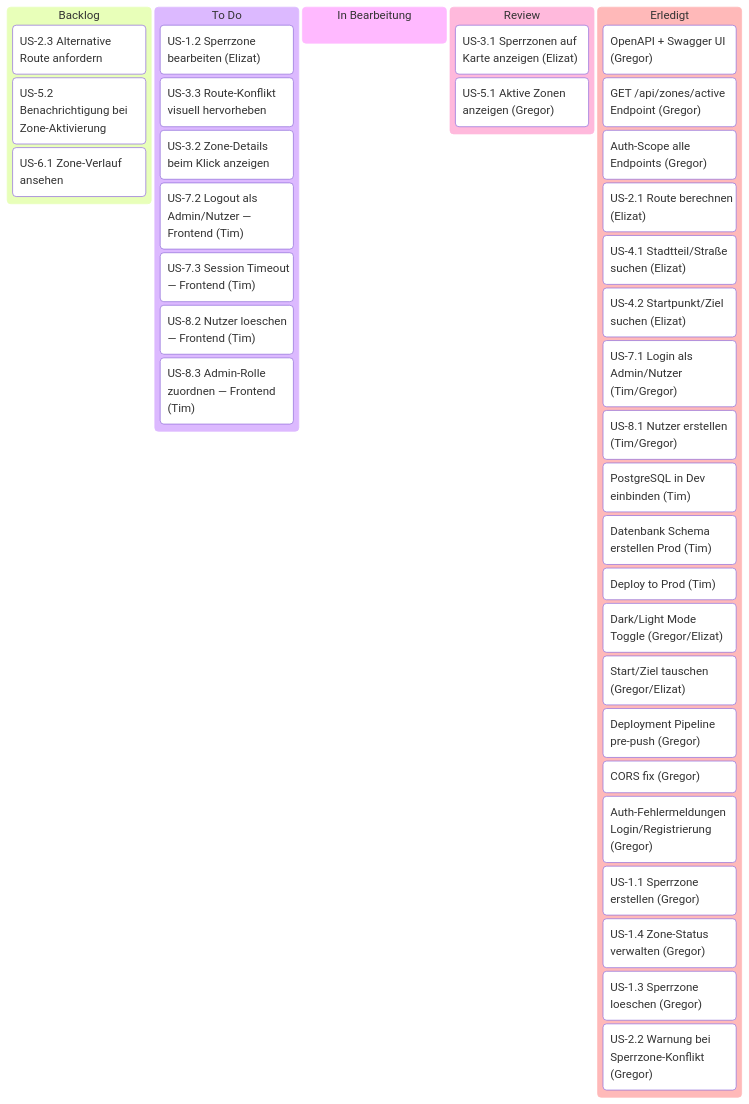
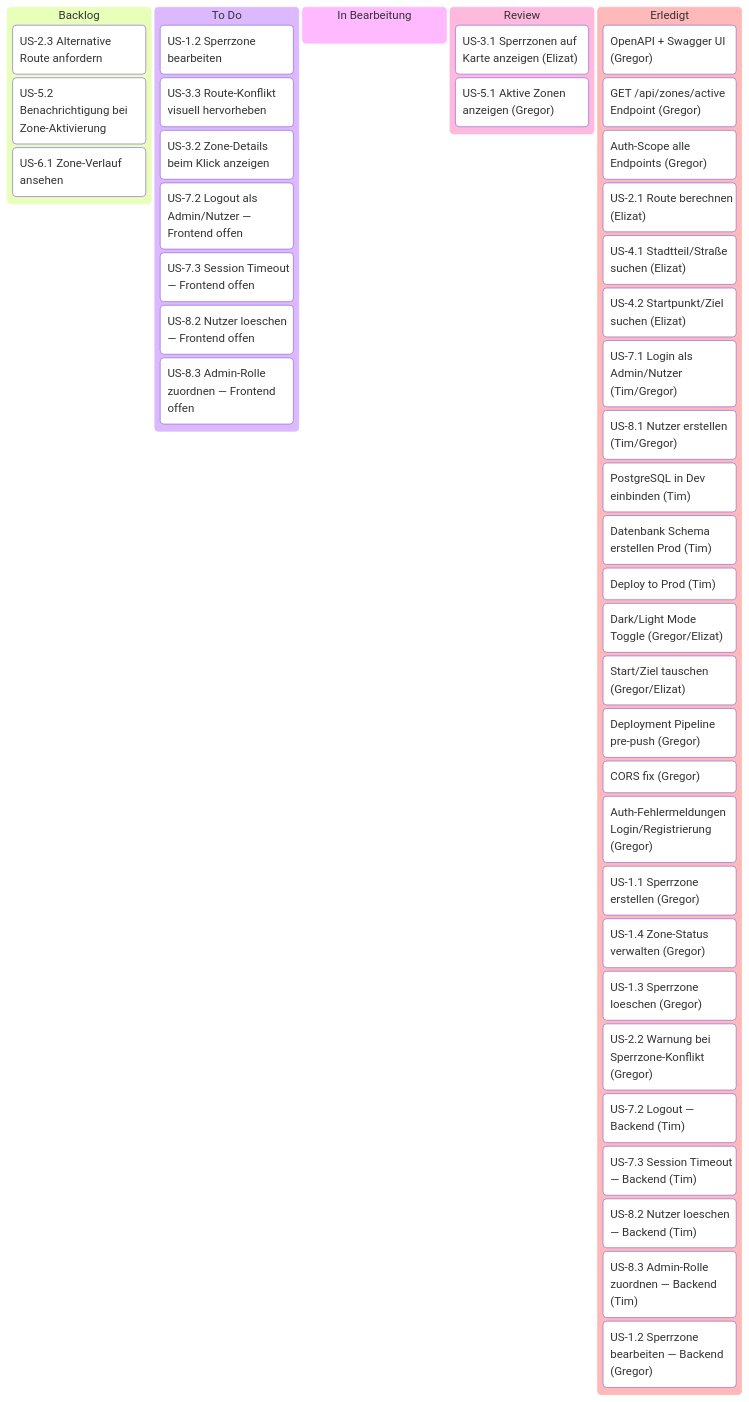
The diagram in docs/project/PLAN.md (g8rdier/urban-flow-governance), drawn with Mermaid before and after one commit. The commit also changed other lines of this file, not shown here.

Commit message:
docs: split backend/frontend for US-1.2, 7.2, 7.3, 8.2, 8.3 on kanban

````diff
--- a/docs/project/PLAN.md
+++ b/docs/project/PLAN.md
@@ -15,49 +15,54 @@
 ```mermaid
 ---
 config:
   kanban:
     ticketBaseUrl: ''
 ---
 kanban
   Backlog
     b1[US-2.3 Alternative Route anfordern]
     b3[US-5.2 Benachrichtigung bei Zone-Aktivierung]
     b4[US-6.1 Zone-Verlauf ansehen]
 
   ToDo[To Do]
-    t1["US-1.2 Sperrzone bearbeiten (Elizat)"]
+    t1["US-1.2 Sperrzone bearbeiten"]
     t2[US-3.3 Route-Konflikt visuell hervorheben]
     t3[US-3.2 Zone-Details beim Klick anzeigen]
-    t4["US-7.2 Logout als Admin/Nutzer — Frontend (Tim)"]
-    t5["US-7.3 Session Timeout — Frontend (Tim)"]
-    t6["US-8.2 Nutzer loeschen — Frontend (Tim)"]
-    t7["US-8.3 Admin-Rolle zuordnen — Frontend (Tim)"]
+    t4["US-7.2 Logout als Admin/Nutzer — Frontend offen"]
+    t5["US-7.3 Session Timeout — Frontend offen"]
+    t6["US-8.2 Nutzer loeschen — Frontend offen"]
+    t7["US-8.3 Admin-Rolle zuordnen — Frontend offen"]
 
   InProgress[In Bearbeitung]
 
   Review
     p3["US-3.1 Sperrzonen auf Karte anzeigen (Elizat)"]
     p4["US-5.1 Aktive Zonen anzeigen (Gregor)"]
 
   Erledigt
     d1["OpenAPI + Swagger UI (Gregor)"]
     d2["GET /api/zones/active Endpoint (Gregor)"]
     d3["Auth-Scope alle Endpoints (Gregor)"]
     d4["US-2.1 Route berechnen (Elizat)"]
     d5["US-4.1 Stadtteil/Straße suchen (Elizat)"]
     d6["US-4.2 Startpunkt/Ziel suchen (Elizat)"]
     r4["US-7.1 Login als Admin/Nutzer (Tim/Gregor)"]
     r7["US-8.1 Nutzer erstellen (Tim/Gregor)"]
     p5["PostgreSQL in Dev einbinden (Tim)"]
     t7["Datenbank Schema erstellen Prod (Tim)"]
     t8["Deploy to Prod (Tim)"]
     d7["Dark/Light Mode Toggle (Gregor/Elizat)"]
     d8["Start/Ziel tauschen (Gregor/Elizat)"]
     d9["Deployment Pipeline pre-push (Gregor)"]
     d10["CORS fix (Gregor)"]
     d11["Auth-Fehlermeldungen Login/Registrierung (Gregor)"]
     p1["US-1.1 Sperrzone erstellen (Gregor)"]
     p2["US-1.4 Zone-Status verwalten (Gregor)"]
     r2["US-1.3 Sperrzone loeschen (Gregor)"]
     r3["US-2.2 Warnung bei Sperrzone-Konflikt (Gregor)"]
+    e1["US-7.2 Logout — Backend (Tim)"]
+    e2["US-7.3 Session Timeout — Backend (Tim)"]
+    e3["US-8.2 Nutzer loeschen — Backend (Tim)"]
+    e4["US-8.3 Admin-Rolle zuordnen — Backend (Tim)"]
+    e5["US-1.2 Sperrzone bearbeiten — Backend (Gregor)"]
 ```
````
